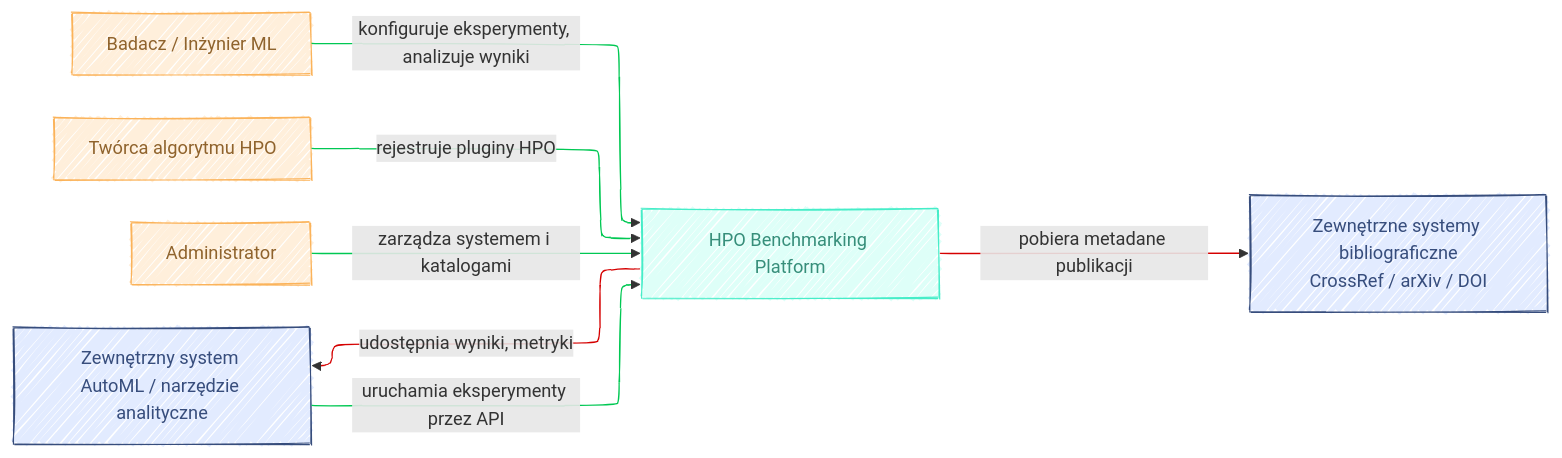
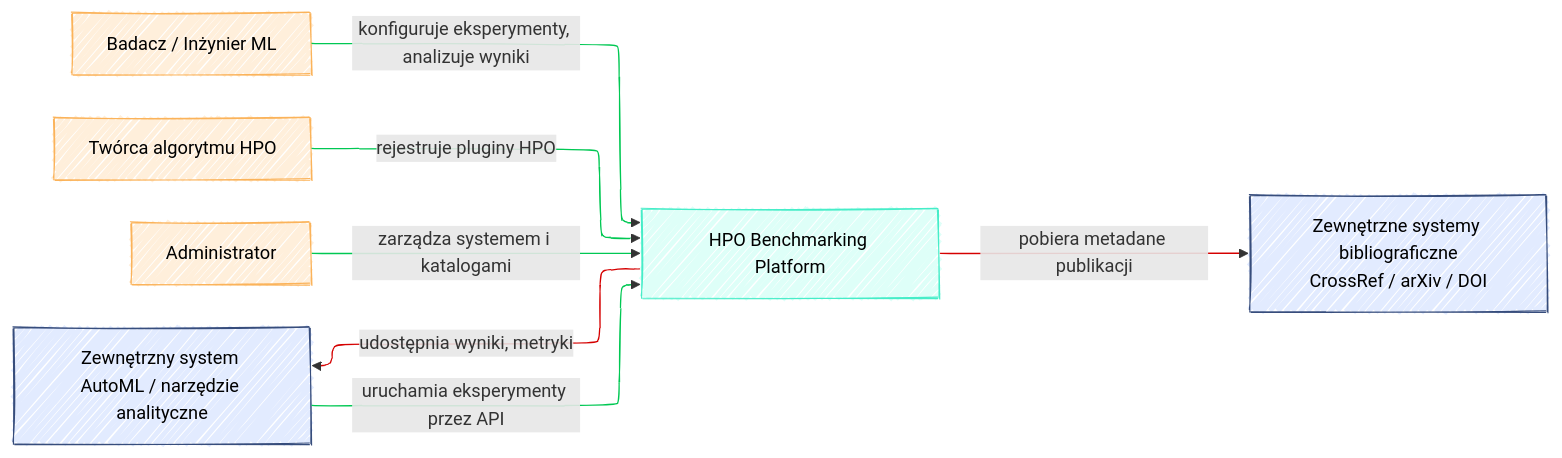
The diagram in docs/hpo_benchmark_architektura_HPO_benchmark.md (jedrzejpolaczek/aviarium.corvidae.corvus_corone), drawn with Mermaid before and after one commit. The commit also changed other lines of this file, not shown here.

````diff
--- a/docs/hpo_benchmark_architektura_HPO_benchmark.md
+++ b/docs/hpo_benchmark_architektura_HPO_benchmark.md
@@ -21,32 +16,38 @@
 ```mermaid
 ---
 config:
   look: handDrawn
   layout: elk
 ---
 flowchart LR
     A1["Badacz / Inżynier ML"] -- konfiguruje eksperymenty, analizuje wyniki --> S["HPO Benchmarking Platform"]
     A2["Twórca algorytmu HPO"] -- rejestruje pluginy HPO --> S
     A3["Administrator"] -- zarządza systemem i katalogami --> S
     A4["Zewnętrzny system AutoML / narzędzie analityczne"] -- uruchamia eksperymenty przez API --> S
     S -- udostępnia wyniki, metryki --> A4
     S L_S_A5_0@-- pobiera metadane publikacji --> A5["Zewnętrzne systemy bibliograficzne<br>CrossRef / arXiv / DOI"]
      A1:::Peach
      S:::Aqua
      A2:::Peach
      A3:::Peach
      A4:::Sky
      A5:::Sky
     classDef Aqua stroke-width:1px, stroke-dasharray:none, stroke:#46EDC8, fill:#DEFFF8, color:#378E7A
     classDef Ash stroke-width:1px, stroke-dasharray:none, stroke:#999999, fill:#EEEEEE, color:#000000
     classDef Sky stroke-width:1px, stroke-dasharray:none, stroke:#374D7C, fill:#E2EBFF, color:#374D7C
     classDef Rose stroke-width:1px, stroke-dasharray:none, stroke:#FF5978, fill:#FFDFE5, color:#8E2236
     classDef Peach stroke-width:1px, stroke-dasharray:none, stroke:#FBB35A, fill:#FFEFDB, color:#8F632D
+    style A1 color:#000000
+    style S color:#000000
+    style A2 color:#000000
+    style A3 color:#000000
+    style A4 color:#000000
+    style A5 color:#000000
     linkStyle 0 stroke:#00C853,fill:none
     linkStyle 1 stroke:#00C853,fill:none
     linkStyle 2 stroke:#00C853,fill:none
     linkStyle 3 stroke:#00C853,fill:none
     linkStyle 4 stroke:#D50000,fill:none
     linkStyle 5 stroke:#D50000,fill:none
     L_S_A5_0@{ animation: none }
 ```
````
